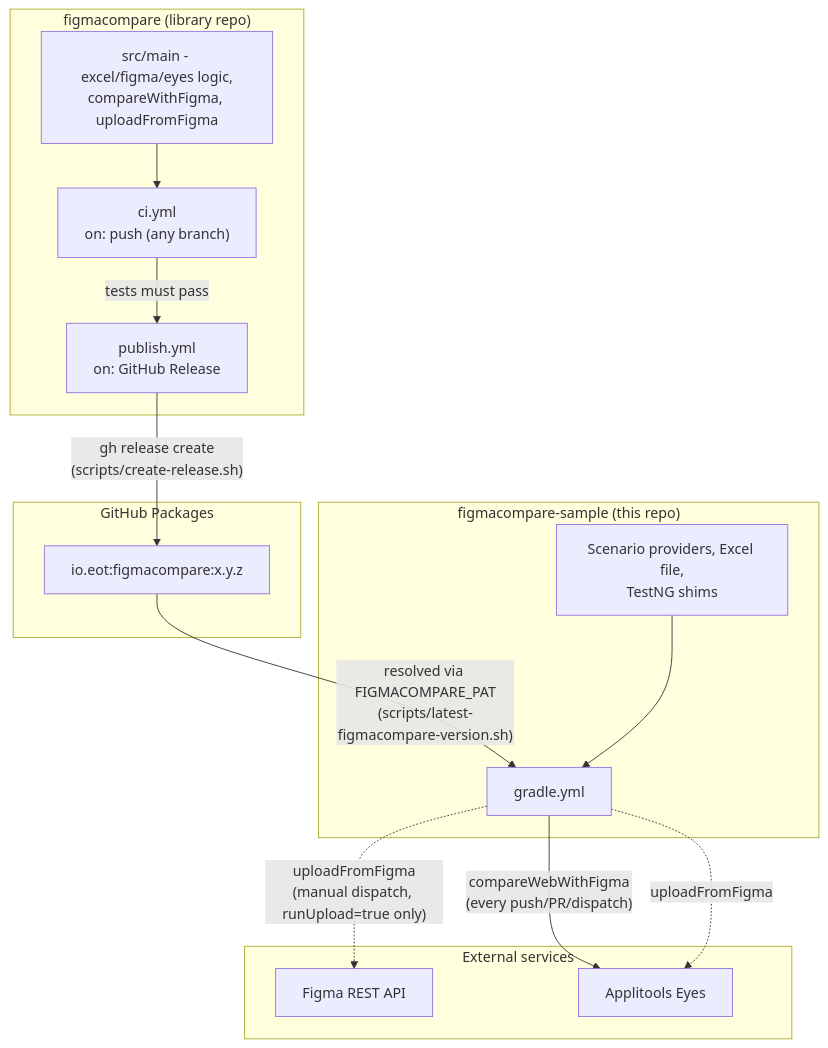
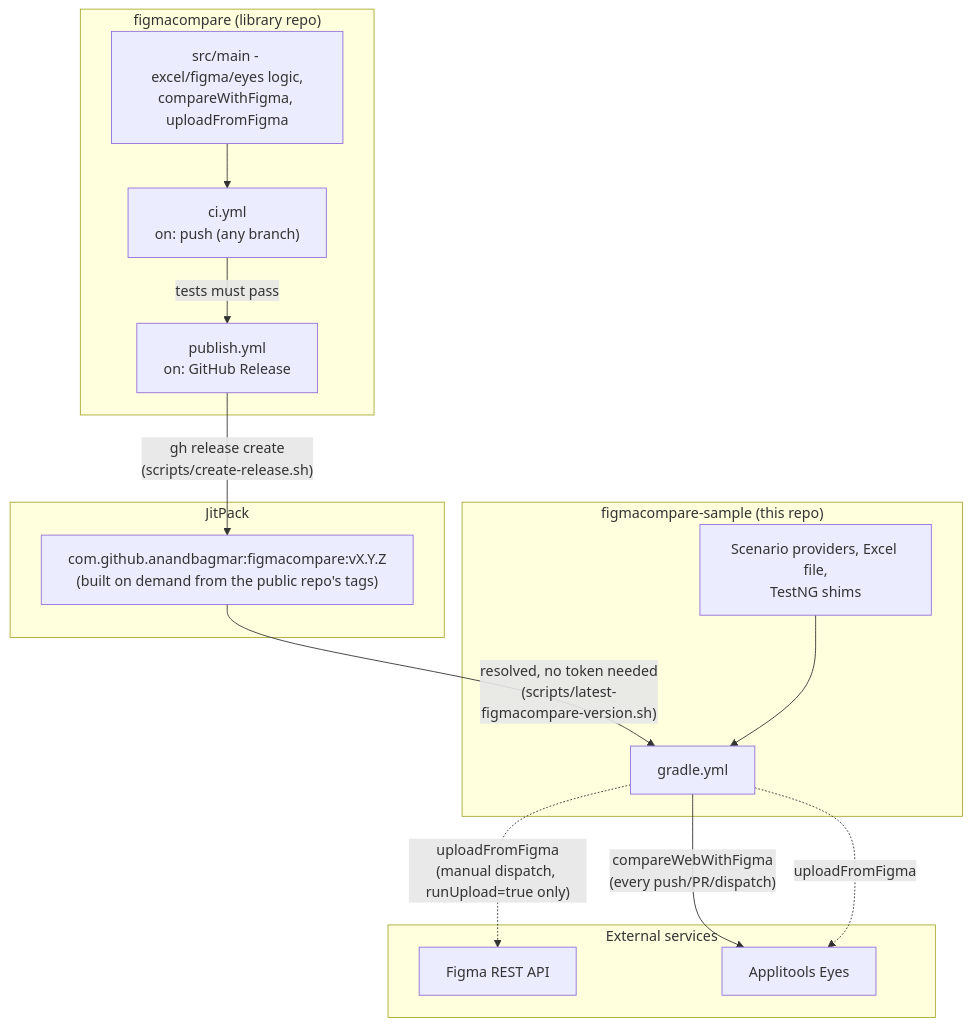
Before and after one commit to anandbagmar/figmacompare-sample: the diagram in README.md, drawn with Mermaid. The commit also changed other lines of this file and 5 other files, not shown here.

Commit message:
Consume figmacompare via JitPack instead of GitHub Packages — drop FIGMACOMPARE_PAT everywhere

````diff
--- a/README.md
+++ b/README.md
@@ -58,31 +60,31 @@
 ```mermaid
 flowchart TB
     subgraph lib["figmacompare (library repo)"]
         libSrc["src/main - excel/figma/eyes logic,\ncompareWithFigma, uploadFromFigma"]
         libCi["ci.yml\non: push (any branch)"]
         libPublish["publish.yml\non: GitHub Release"]
     end
 
-    subgraph ghp["GitHub Packages"]
-        pkg["io.eot:figmacompare:x.y.z"]
+    subgraph jp["JitPack"]
+        pkg["com.github.anandbagmar:figmacompare:vX.Y.Z\n(built on demand from the public repo's tags)"]
     end
 
     subgraph sample["figmacompare-sample (this repo)"]
         sampleSrc["Scenario providers, Excel file,\nTestNG shims"]
         workflow["gradle.yml"]
     end
 
     subgraph external["External services"]
         figmaApi["Figma REST API"]
         applitools["Applitools Eyes"]
     end
 
     libSrc --> libCi
     libCi -->|tests must pass| libPublish
     libPublish -->|"gh release create\n(scripts/create-release.sh)"| pkg
-    pkg -->|"resolved via FIGMACOMPARE_PAT\n(scripts/latest-figmacompare-version.sh)"| workflow
+    pkg -->|"resolved, no token needed\n(scripts/latest-figmacompare-version.sh)"| workflow
     sampleSrc --> workflow
     workflow -->|"compareWebWithFigma\n(every push/PR/dispatch)"| applitools
     workflow -.->|"uploadFromFigma\n(manual dispatch, runUpload=true only)"| figmaApi
     workflow -.->|uploadFromFigma| applitools
 ```
````
